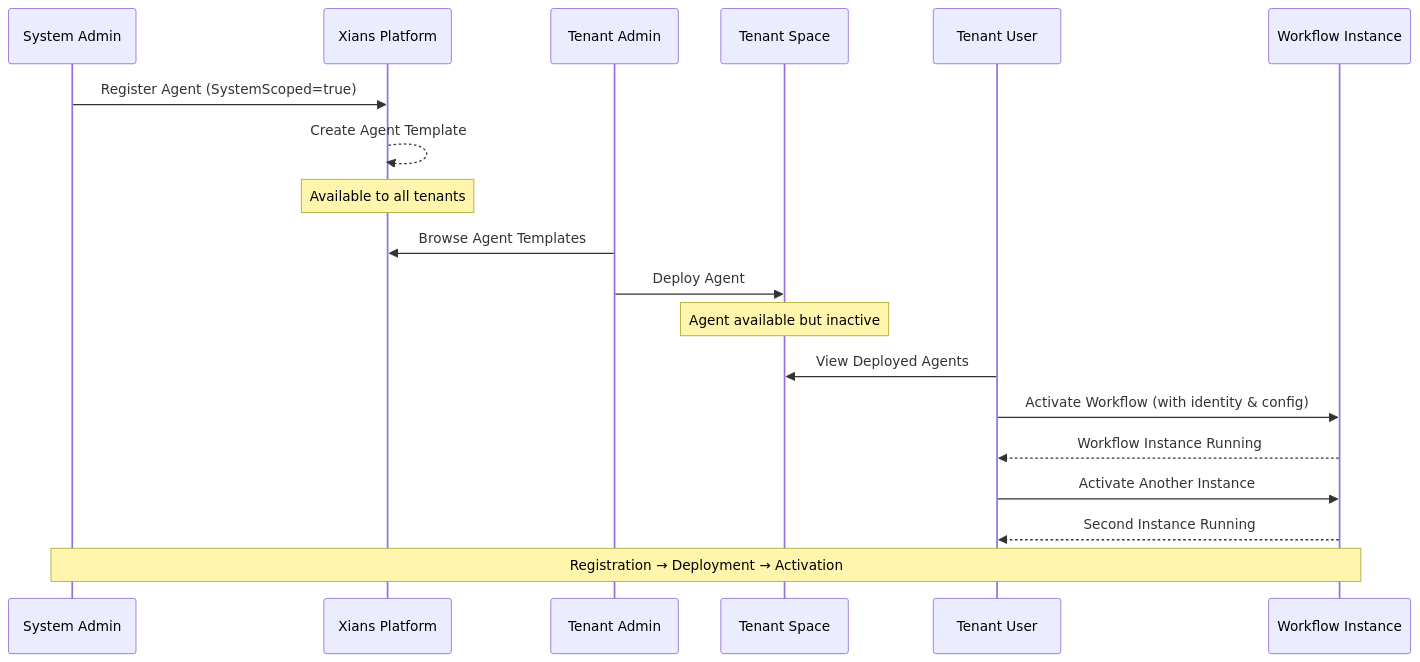
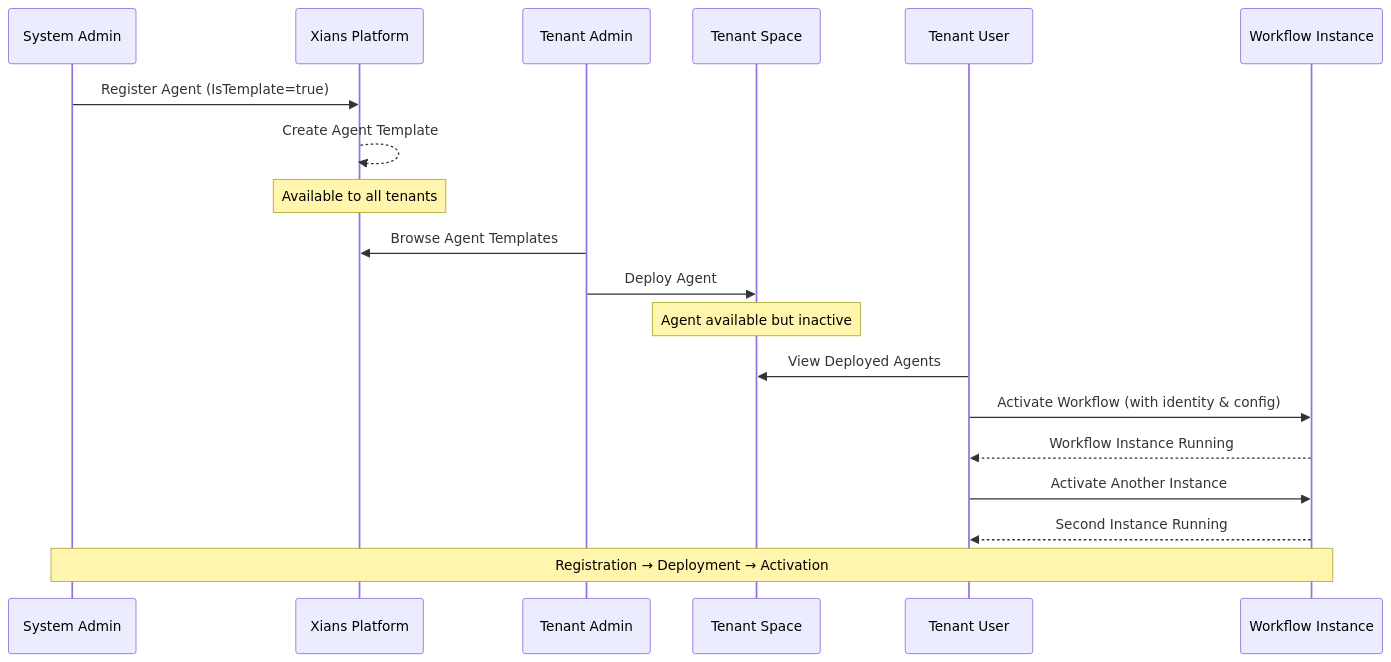
Before and after one commit to XiansAiPlatform/XiansAi.Docs: the diagram in docs/concepts/multitenancy.md, drawn with Mermaid. The commit also changed other lines of this file and 14 other files, not shown here.

````diff
--- a/docs/concepts/multitenancy.md
+++ b/docs/concepts/multitenancy.md
@@ -9,25 +9,25 @@
 ```mermaid
 sequenceDiagram
     participant SA as System Admin
     participant System as Xians Platform
     participant TA as Tenant Admin
     participant Tenant as Tenant Space
     participant User as Tenant User
     participant WF as Workflow Instance
 
-    SA->>System: Register Agent (SystemScoped=true)
+    SA->>System: Register Agent (IsTemplate=true)
     System-->>System: Create Agent Template
     Note over System: Available to all tenants
     
     TA->>System: Browse Agent Templates
     TA->>Tenant: Deploy Agent
     Note over Tenant: Agent available but inactive
     
     User->>Tenant: View Deployed Agents
     User->>WF: Activate Workflow (with identity & config)
     WF-->>User: Workflow Instance Running
     User->>WF: Activate Another Instance
     WF-->>User: Second Instance Running
     
     Note over SA,WF: Registration → Deployment → Activation
 ```
````
